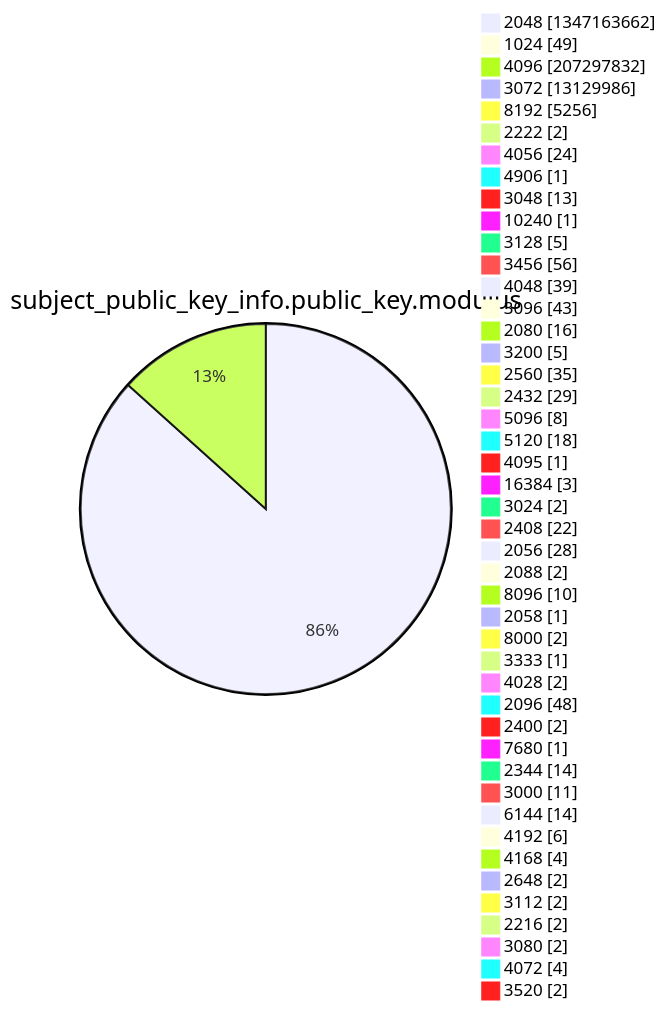
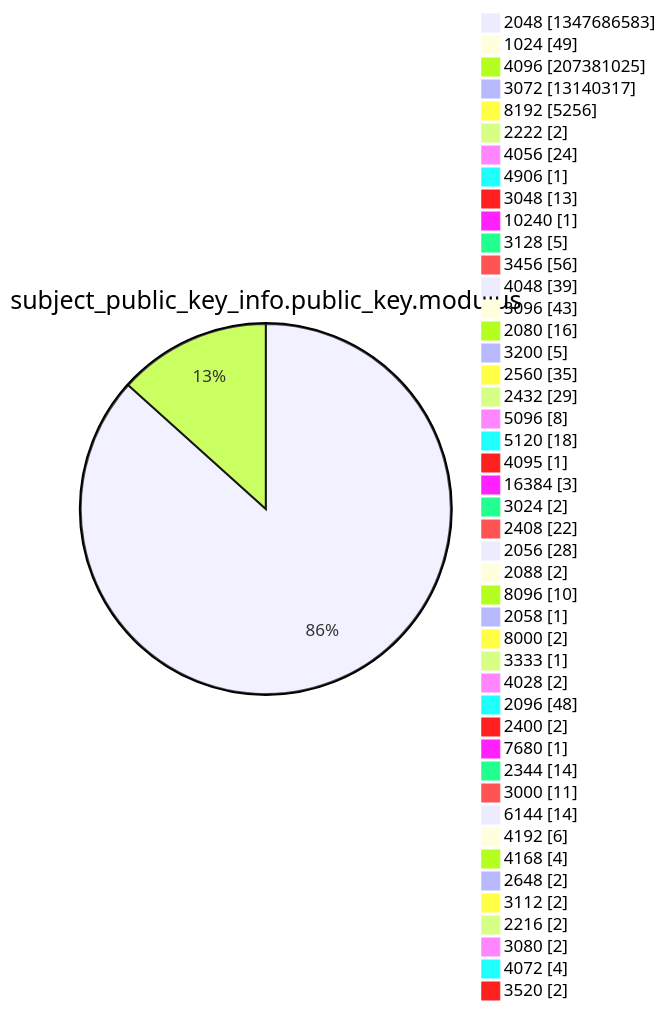
Diagram 13 of 15 in xenon2022/README.md (christiankrug/ctmonitor_visualization), drawn with Mermaid before and after one commit. The commit also changed other lines of this file, not shown here.

````diff
--- a/xenon2022/README.md
+++ b/xenon2022/README.md
@@ -3927,49 +3927,49 @@
 ```mermaid
 pie showData
 title subject_public_key_info.public_key.modulus
-"2048" :1347163662
+"2048" :1347686583
 "1024" :49
-"4096" :207297832
-"3072" :13129986
+"4096" :207381025
+"3072" :13140317
 "8192" :5256
 "2222" :2
 "4056" :24
 "4906" :1
 "3048" :13
 "10240" :1
 "3128" :5
 "3456" :56
 "4048" :39
 "3096" :43
 "2080" :16
 "3200" :5
 "2560" :35
 "2432" :29
 "5096" :8
 "5120" :18
 "4095" :1
 "16384" :3
 "3024" :2
 "2408" :22
 "2056" :28
 "2088" :2
 "8096" :10
 "2058" :1
 "8000" :2
 "3333" :1
 "4028" :2
 "2096" :48
 "2400" :2
 "7680" :1
 "2344" :14
 "3000" :11
 "6144" :14
 "4192" :6
 "4168" :4
 "2648" :2
 "3112" :2
 "2216" :2
 "3080" :2
 "4072" :4
 "3520" :2
 ```
````
